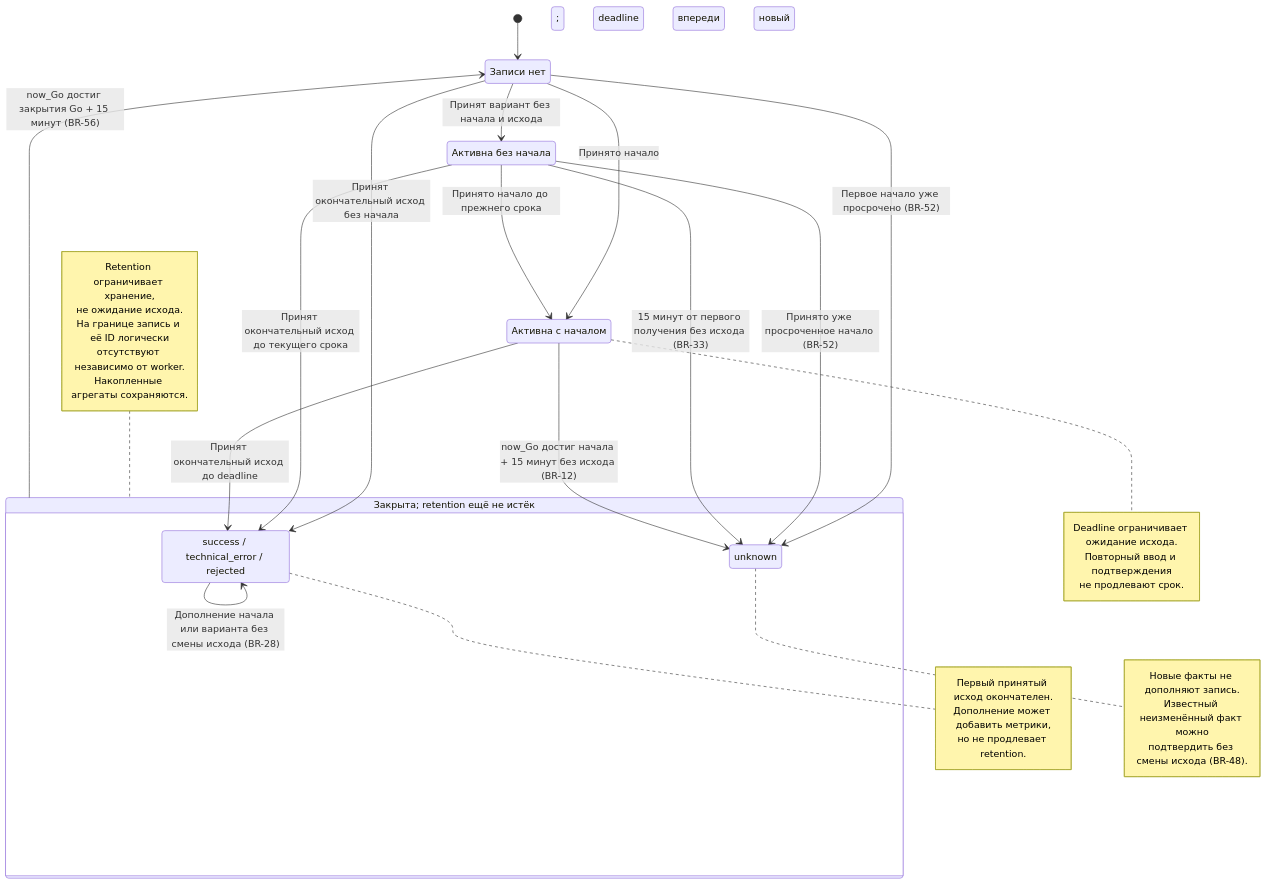
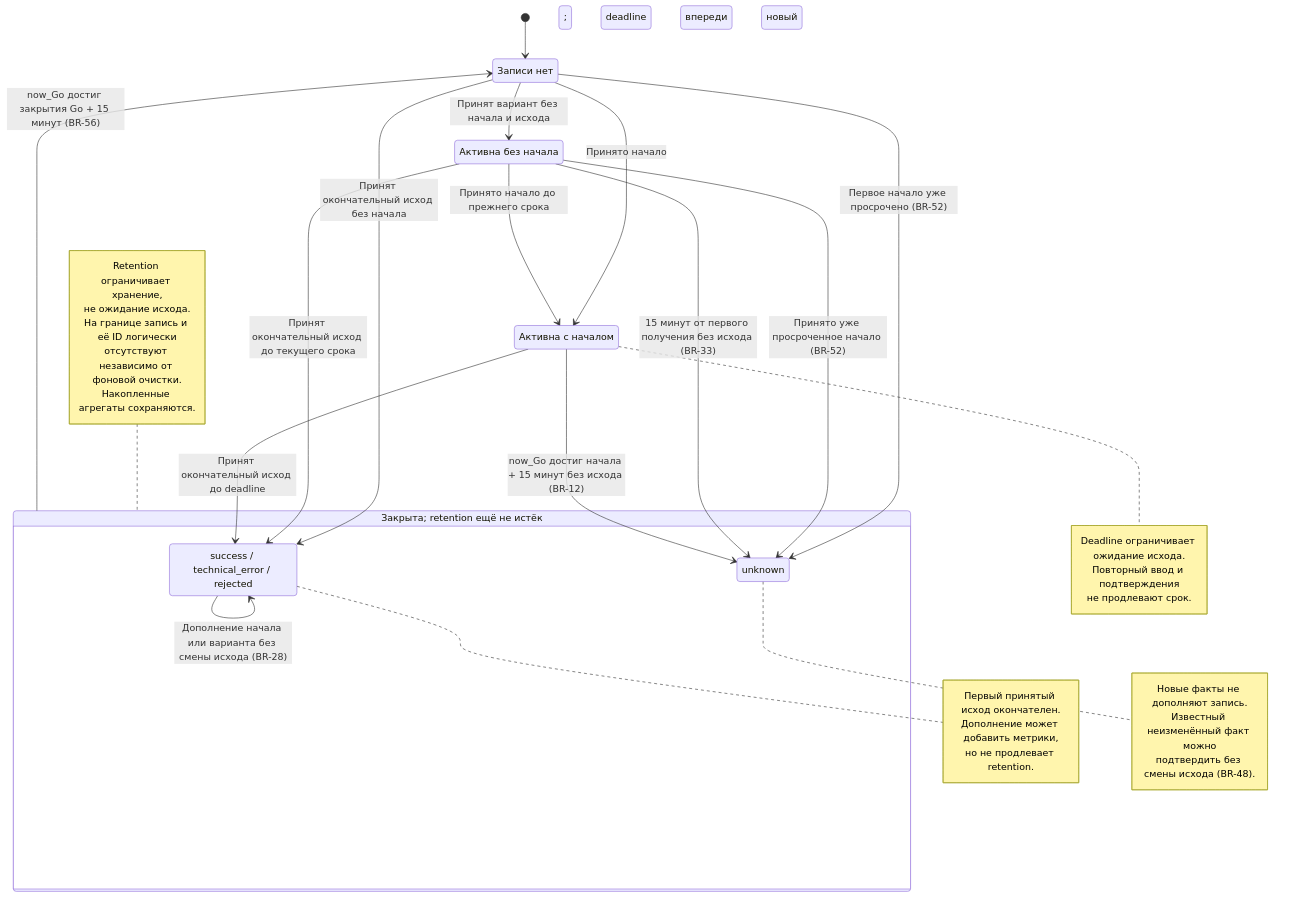
The third of 3 diagrams in docs/specs/login-observability.md (vendelev/sre-metrics), drawn with Mermaid before and after one commit. The commit also changed other lines of this file and 45 other files, not shown here.

````diff
--- a/docs/specs/login-observability.md
+++ b/docs/specs/login-observability.md
@@ -630,49 +644,49 @@
 ```mermaid
 stateDiagram-v2
     state "Записи нет" as Absent
     state "Активна без начала" as WithoutStart
     state "Активна с началом" as WithStart
     state "Закрыта; retention ещё не истёк" as Closed {
         state "success / technical_error / rejected" as AppOutcome
         state "unknown" as Unknown
     }
 
     [*] --> Absent
     Absent --> WithoutStart: Принят вариант без начала и исхода
     Absent --> WithStart: Принято начало; deadline впереди
     Absent --> Unknown: Первое начало уже просрочено (BR-52)
     Absent --> AppOutcome: Принят окончательный исход без начала
 
     WithoutStart --> WithStart: Принято начало до прежнего срока; новый deadline впереди
     WithoutStart --> Unknown: Принято уже просроченное начало (BR-52)
     WithoutStart --> Unknown: 15 минут от первого получения без исхода (BR-33)
     WithStart --> Unknown: now_Go достиг начала + 15 минут без исхода (BR-12)
     WithoutStart --> AppOutcome: Принят окончательный исход до текущего срока
     WithStart --> AppOutcome: Принят окончательный исход до deadline
 
     AppOutcome --> AppOutcome: Дополнение начала или варианта без смены исхода (BR-28)
     Closed --> Absent: now_Go достиг закрытия Go + 15 минут (BR-56)
 
     note right of WithStart
         Deadline ограничивает ожидание исхода.
         Повторный ввод и подтверждения
         не продлевают срок.
     end note
     note right of AppOutcome
         Первый принятый исход окончателен.
         Дополнение может добавить метрики,
         но не продлевает retention.
     end note
     note right of Unknown
         Новые факты не дополняют запись.
         Известный неизменённый факт можно
         подтвердить без смены исхода (BR-48).
     end note
     note left of Closed
         Retention ограничивает хранение,
         не ожидание исхода.
         На границе запись и её ID логически
-        отсутствуют независимо от worker.
+        отсутствуют независимо от фоновой очистки.
         Накопленные агрегаты сохраняются.
     end note
 ```
````
